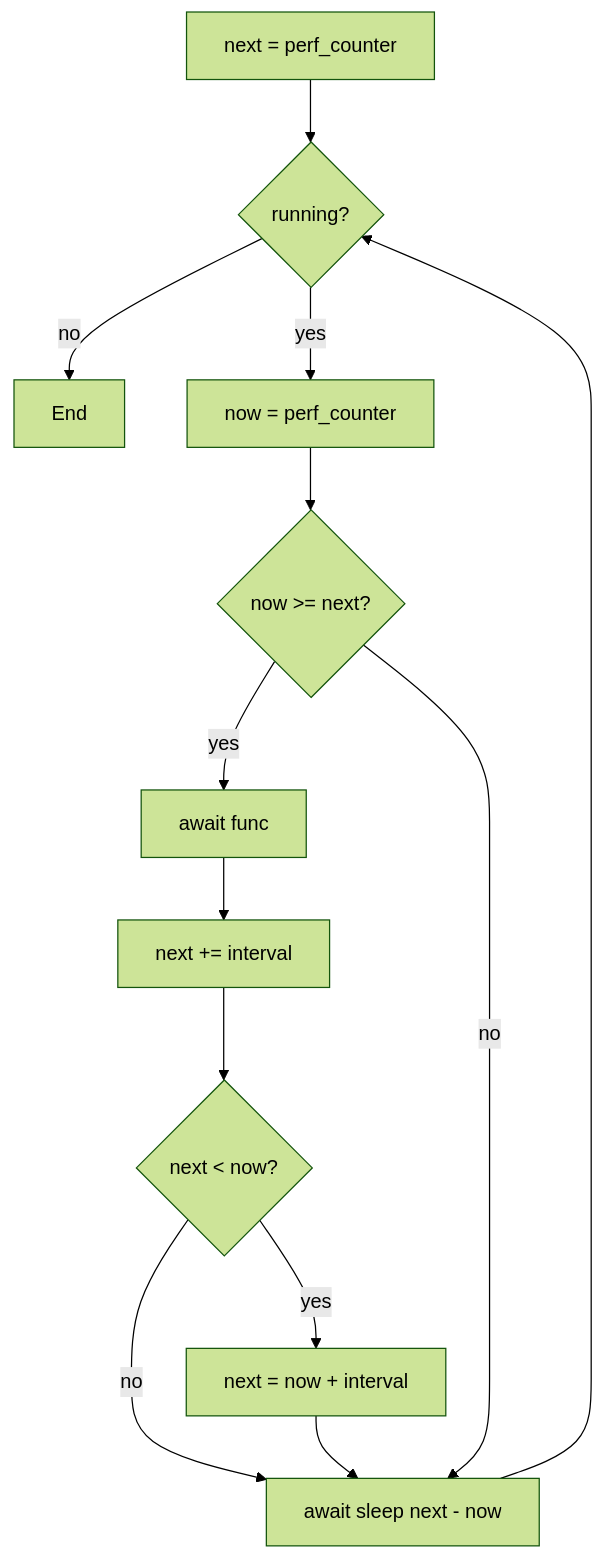
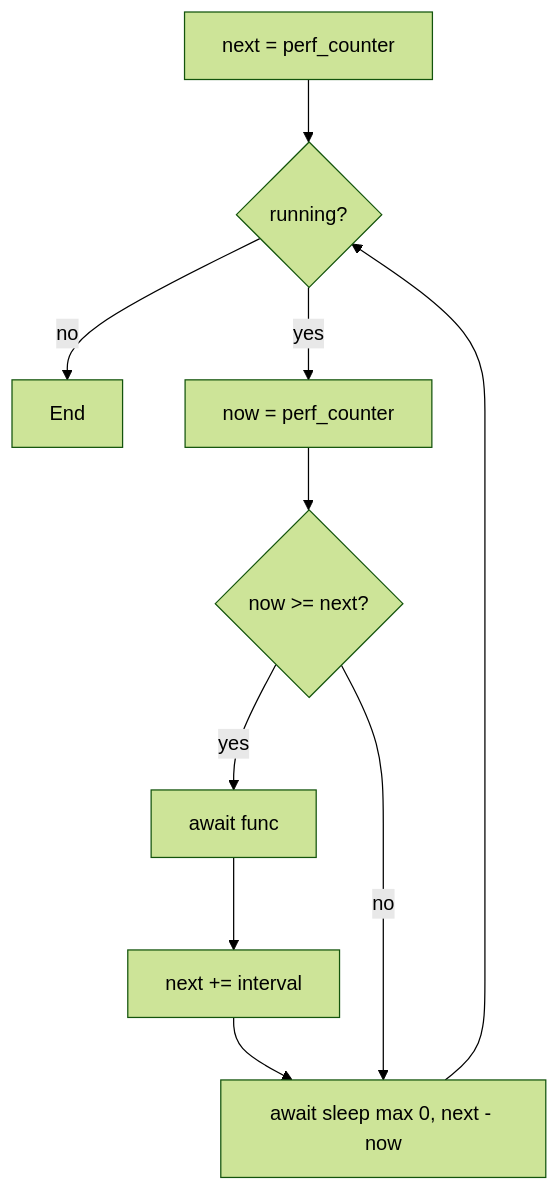
The fourth of 4 diagrams in docs/components/node-and-executors.md (sudoRicheek/cortex), drawn with Mermaid (forest theme) before and after one commit. The commit also changed other lines of this file and 89 other files, not shown here.

````diff
--- a/docs/components/node-and-executors.md
+++ b/docs/components/node-and-executors.md
@@ -117,15 +89,12 @@
 ```mermaid
 flowchart TD
     Start[next = perf_counter] --> Loop{running?}
     Loop -- no --> End
     Loop -- yes --> Now[now = perf_counter]
     Now --> Due{now >= next?}
     Due -- yes --> Call[await func]
     Call --> Advance[next += interval]
-    Advance --> Behind{next < now?}
-    Behind -- yes --> Reset[next = now + interval]
-    Behind -- no --> Wait
-    Reset --> Wait
-    Due -- no --> Wait[await sleep next - now]
+    Advance --> Wait
+    Due -- no --> Wait[await sleep max 0, next - now]
     Wait --> Loop
 ```
````
